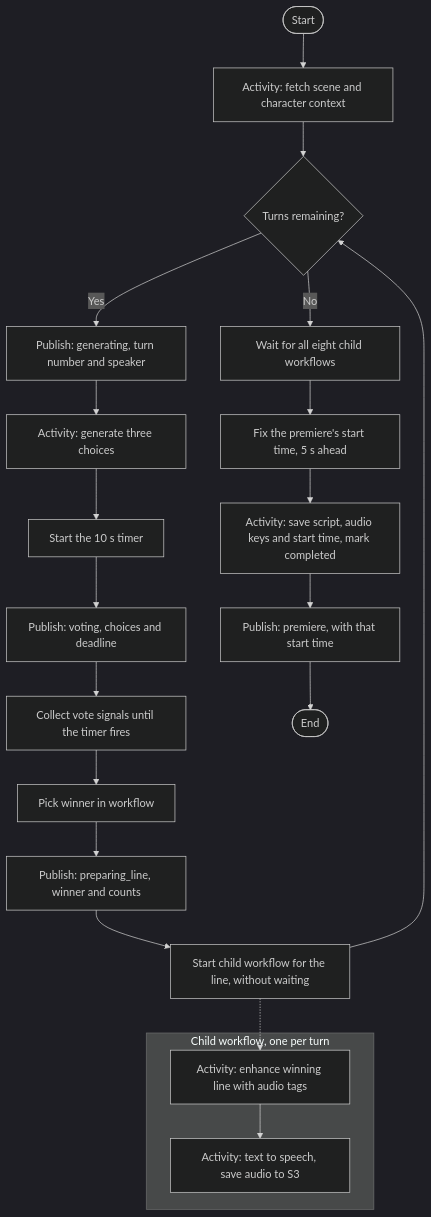
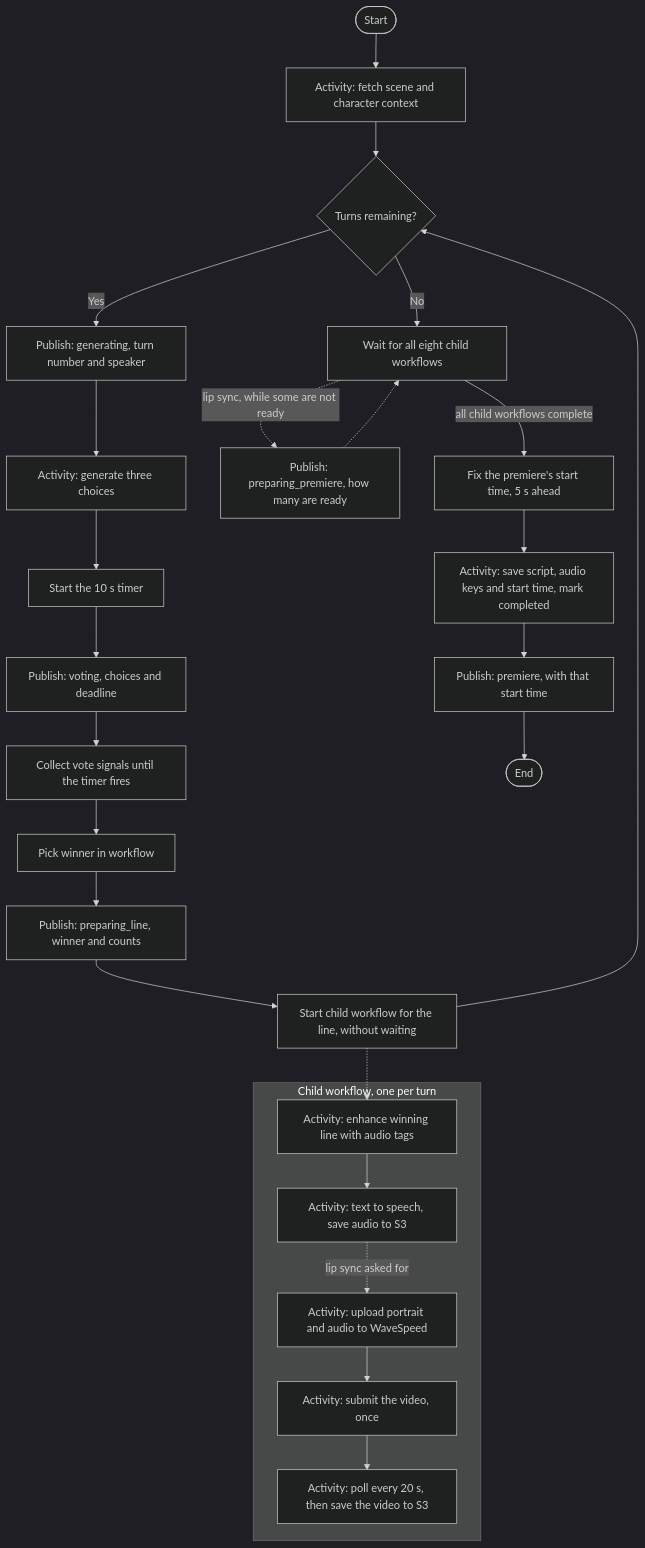
The second of 3 diagrams in docs/system-design.md (conghan-tay/MonsterTheatre_01), drawn with Mermaid (dark theme) before and after one commit. The commit also changed other lines of this file and 54 other files, not shown here.

First line of the commit message:
Lip sync with WaveSpeed InfiniteTalk, asked for at Start (#21)

````diff
--- a/docs/system-design.md
+++ b/docs/system-design.md
@@ -130,23 +133,28 @@
 ```mermaid
 flowchart TD
     Start([Start]) --> Fetch[Activity: fetch scene and character context]
     Fetch --> Loop{"Turns remaining?"}
     Loop -->|Yes| Turn[Publish: generating, turn number and speaker]
     Turn --> Gen[Activity: generate three choices]
     Gen --> Timer[Start the 10 s timer]
     Timer --> Open[Publish: voting, choices and deadline]
     Open --> Wait[Collect vote signals until the timer fires]
     Wait --> Pick[Pick winner in workflow]
     Pick --> Won[Publish: preparing_line, winner and counts]
     Won --> Child[Start child workflow for the line, without waiting]
     Child --> Loop
     Child -.-> Tag
     subgraph Line["Child workflow, one per turn"]
         Tag[Activity: enhance winning line with audio tags] --> Speak[Activity: text to speech, save audio to S3]
+        Speak -.->|lip sync asked for| Up[Activity: upload portrait and audio to WaveSpeed]
+        Up --> Sub[Activity: submit the video, once]
+        Sub --> Poll[Activity: poll every 20 s, then save the video to S3]
     end
     Loop -->|No| FanIn[Wait for all eight child workflows]
-    FanIn --> Fix[Fix the premiere's start time, 5 s ahead]
+    FanIn -.->|lip sync, while some are not ready| Progress[Publish: preparing_premiere, how many are ready]
+    Progress -.-> FanIn
+    FanIn -->|all child workflows complete| Fix[Fix the premiere's start time, 5 s ahead]
     Fix --> Save[Activity: save script, audio keys and start time, mark completed]
     Save --> Prem[Publish: premiere, with that start time]
     Prem --> End([End])
 ```
````
